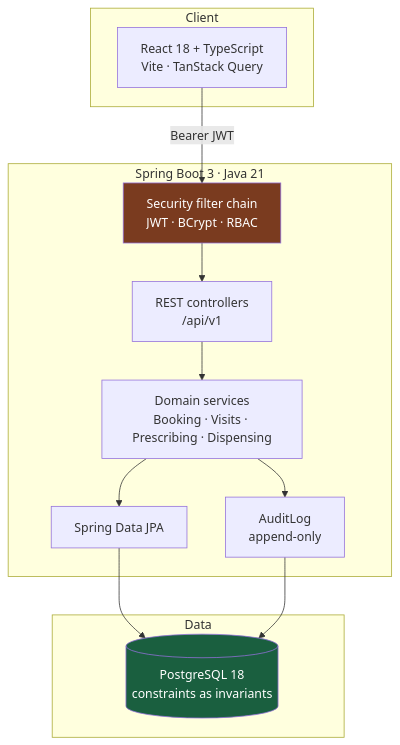
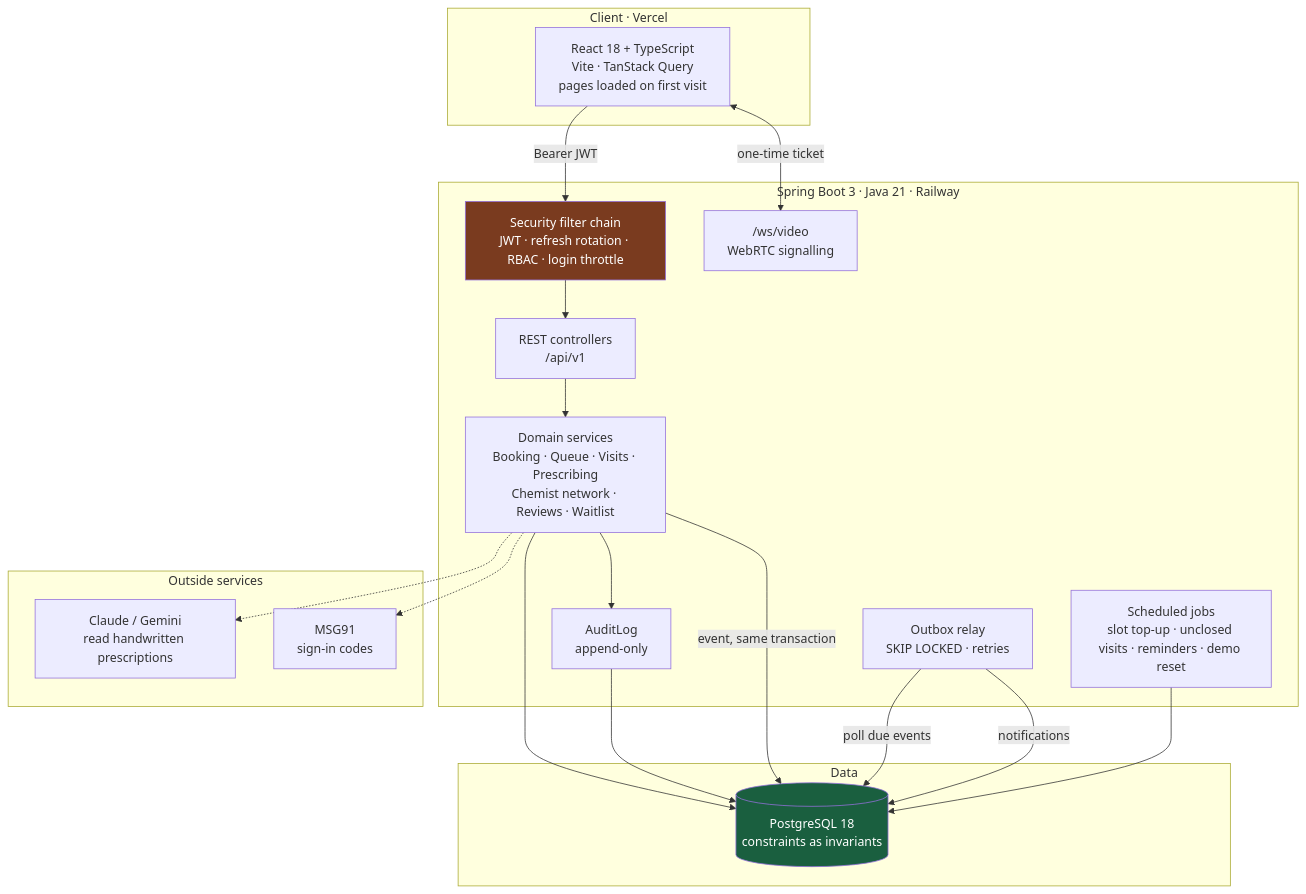
Before and after one commit to Manu-code-all/Medicity: the diagram in README.md, drawn with Mermaid. The commit also changed other lines of this file and 1 other file, not shown here.

Commit message:
README first screen: live links, demo accounts, numbers, screenshot, current architecture; fonts no longer block first paint

````diff
--- a/README.md
+++ b/README.md
@@ -121,25 +152,39 @@
 ```mermaid
 flowchart TB
-    subgraph client [Client]
-        WEB["React 18 + TypeScript<br/>Vite · TanStack Query"]
+    subgraph client [Client · Vercel]
+        WEB["React 18 + TypeScript<br/>Vite · TanStack Query<br/>pages loaded on first visit"]
     end
 
-    subgraph api [Spring Boot 3 · Java 21]
-        SEC["Security filter chain<br/>JWT · BCrypt · RBAC"]
+    subgraph api [Spring Boot 3 · Java 21 · Railway]
+        SEC["Security filter chain<br/>JWT · refresh rotation · RBAC · login throttle"]
         CTL["REST controllers<br/>/api/v1"]
-        SVC["Domain services<br/>Booking · Visits · Prescribing · Dispensing"]
+        SVC["Domain services<br/>Booking · Queue · Visits · Prescribing<br/>Chemist network · Reviews · Waitlist"]
         AUD["AuditLog<br/>append-only"]
-        REPO["Spring Data JPA"]
+        OUT["Outbox relay<br/>SKIP LOCKED · retries"]
+        JOBS["Scheduled jobs<br/>slot top-up · unclosed visits · reminders · demo reset"]
+        SIG["/ws/video<br/>WebRTC signalling"]
     end
 
     subgraph data [Data]
         PG[("PostgreSQL 18<br/>constraints as invariants")]
     end
 
+    subgraph ext [Outside services]
+        AI["Claude / Gemini<br/>read handwritten prescriptions"]
+        SMS["MSG91<br/>sign-in codes"]
+    end
+
     WEB -->|"Bearer JWT"| SEC
-    SEC --> CTL --> SVC --> REPO --> PG
+    WEB <-->|"one-time ticket"| SIG
+    SEC --> CTL --> SVC --> PG
     SVC --> AUD --> PG
+    SVC -->|"event, same transaction"| PG
+    OUT -->|"poll due events"| PG
+    OUT -->|"notifications"| PG
+    JOBS --> PG
+    SVC -.-> AI
+    SVC -.-> SMS
 
     style PG fill:#1a5f3f,color:#fff
     style SEC fill:#7a3b1f,color:#fff
 ```
````
